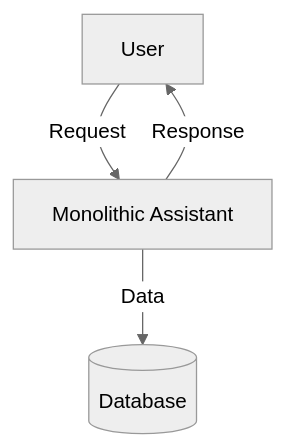
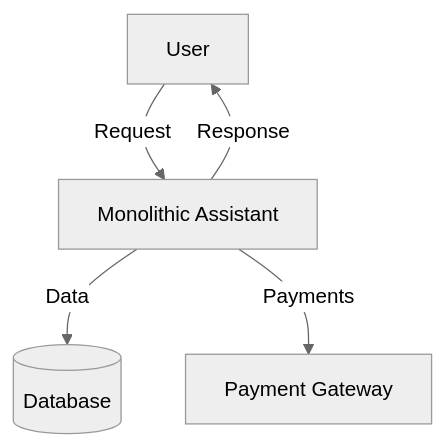
Before and after one commit to orra-dev/agent-fragile-to-prod-guide: the diagram in monolith-app/README.md, drawn with Mermaid (neutral theme). The commit also changed other lines of this file, not shown here.

````diff
--- a/monolith-app/README.md
+++ b/monolith-app/README.md
@@ -17,6 +17,7 @@
 ```mermaid
 graph TD
     User[User] --> |Request| App[Monolithic Assistant]
     App --> |Response| User
     App --> |Data| Database[(Database)]
+    App --> |Payments| PaymentGateway[Payment Gateway]
 ```
````
